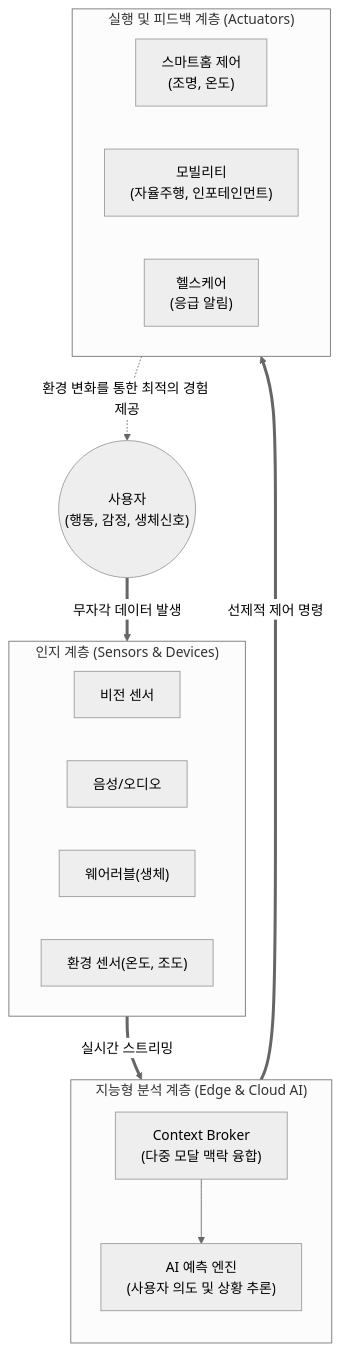
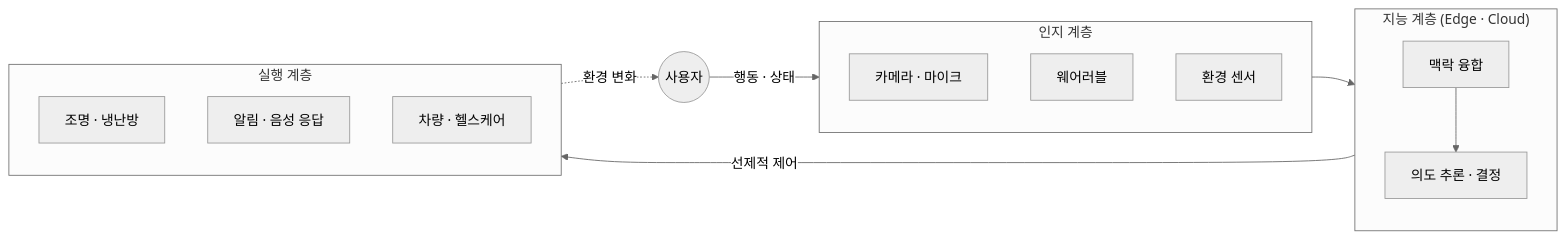
Before and after one commit to supremethumb/supremethumb.github.io: the diagram in content/01_IT Tech/앰비언트 컴퓨팅.md, drawn with Mermaid (neutral theme). The commit also changed other lines of this file and 1087 other files, not shown here.

````diff
--- a/content/01_IT Tech/앰비언트 컴퓨팅.md
+++ b/content/01_IT Tech/앰비언트 컴퓨팅.md
@@ -27,32 +35,23 @@
 ```mermaid
-flowchart TB
-    User(("사용자<br/>(행동, 감정, 생체신호)"))
-    
-    subgraph Layer_Perception ["인지 계층 (Sensors & Devices)"]
-        direction LR
-        Camera["비전 센서"]
-        Mic["음성/오디오"]
-        Bio["웨어러블(생체)"]
-        IoT["환경 센서(온도, 조도)"]
+flowchart LR
+    User(("사용자"))
+    subgraph Sense ["인지 계층"]
+        S1["카메라 · 마이크"]
+        S2["웨어러블"]
+        S3["환경 센서"]
     end
-    
-    subgraph Layer_Intelligence ["지능형 분석 계층 (Edge & Cloud AI)"]
-        direction TB
-        Context_Broker["Context Broker<br/>(다중 모달 맥락 융합)"]
-        AI_Engine["AI 예측 엔진<br/>(사용자 의도 및 상황 추론)"]
-        Context_Broker --> AI_Engine
+    subgraph Brain ["지능 계층 (Edge · Cloud)"]
+        Ctx["맥락 융합"]
+        AI["의도 추론 · 결정"]
+        Ctx --> AI
     end
-    
-    subgraph Layer_Actuation ["실행 및 피드백 계층 (Actuators)"]
-        direction LR
-        SmartHome["스마트홈 제어<br/>(조명, 온도)"]
-        Mobility["모빌리티<br/>(자율주행, 인포테인먼트)"]
-        Health["헬스케어<br/>(응급 알림)"]
+    subgraph Act ["실행 계층"]
+        A1["조명 · 냉난방"]
+        A2["알림 · 음성 응답"]
+        A3["차량 · 헬스케어"]
     end
-    
-    User == "무자각 데이터 발생" ==> Layer_Perception
-    Layer_Perception == "실시간 스트리밍" ==> Layer_Intelligence
-    Layer_Intelligence == "선제적 제어 명령" ==> Layer_Actuation
-    Layer_Actuation -. "환경 변화를 통한 최적의 경험 제공" .-> User
-
+    User -->|"행동 · 상태"| Sense
+    Sense --> Brain
+    Brain -->|"선제적 제어"| Act
+    Act -.->|"환경 변화"| User
 ```
````
